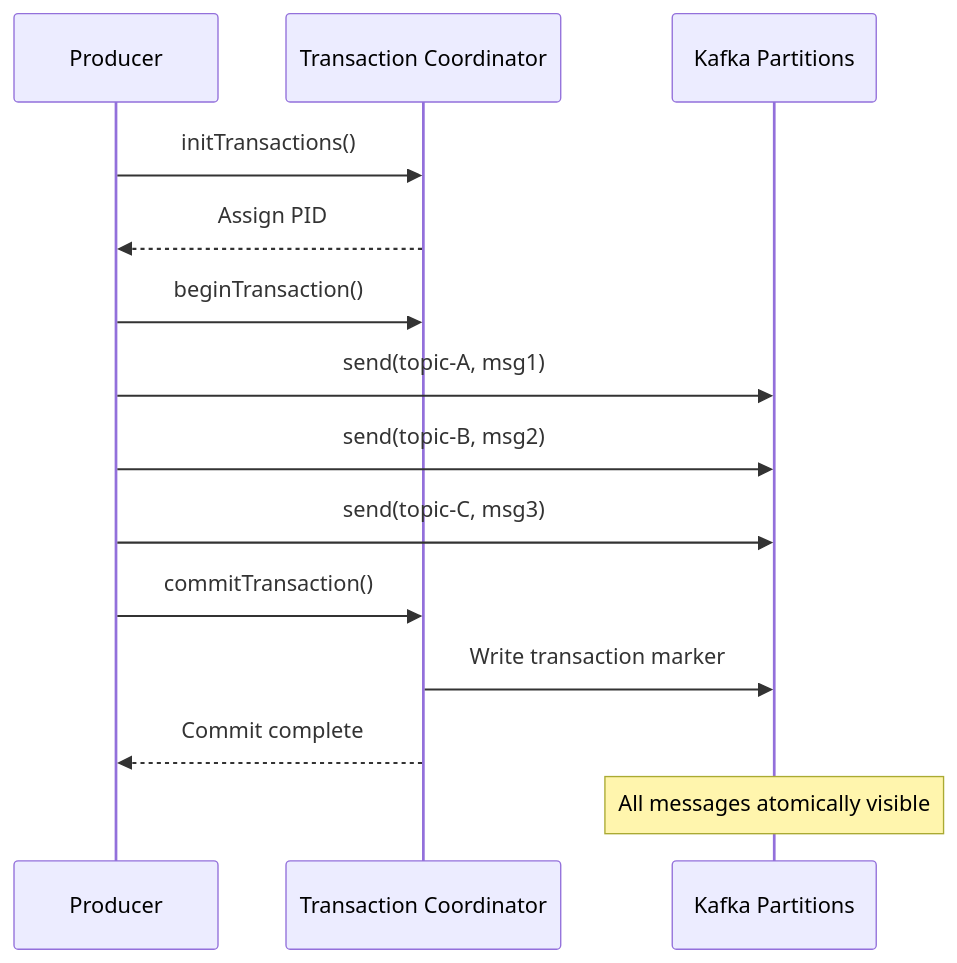
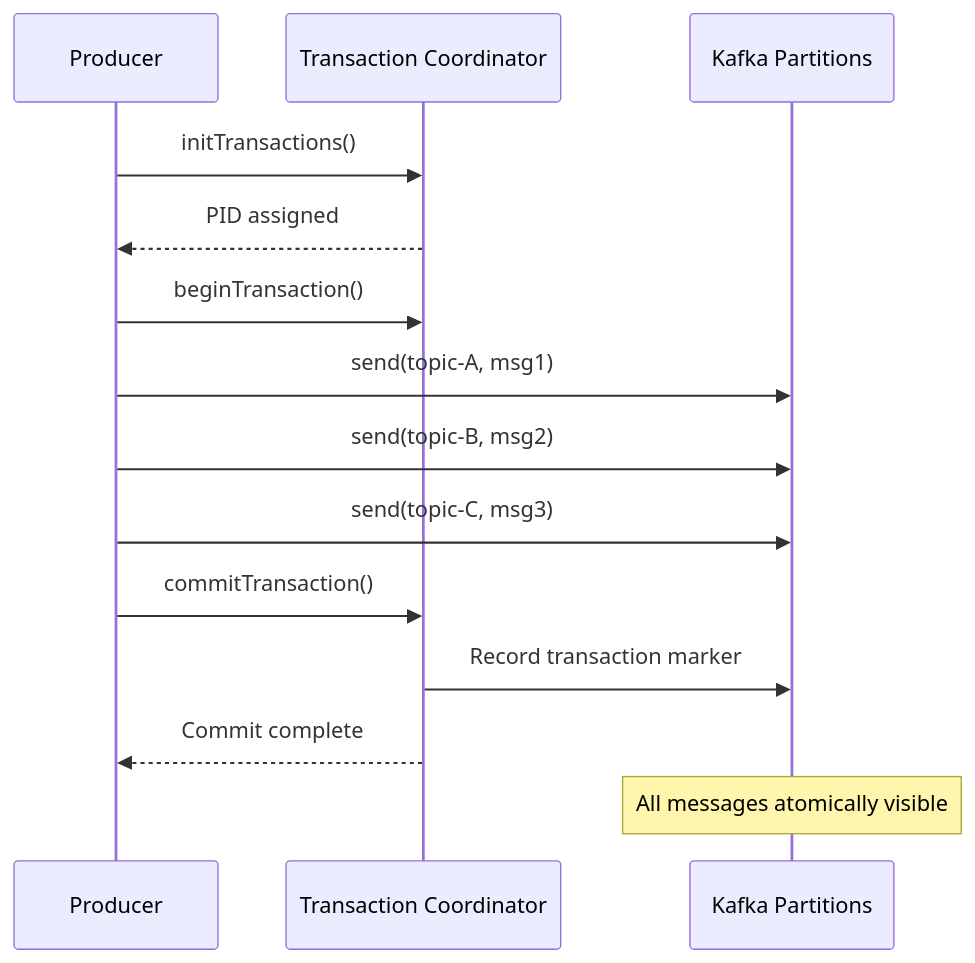
Before and after one commit to advanced-beginner/advanced-beginner.github.io: the second of 2 diagrams in content/en/docs/kafka/concepts/transactions.md, drawn with Mermaid. The commit also changed other lines of this file and 7 other files, not shown here.

````diff
--- a/content/en/docs/kafka/concepts/transactions.md
+++ b/content/en/docs/kafka/concepts/transactions.md
@@ -146,21 +113,21 @@
 ```mermaid
 sequenceDiagram
     participant P as Producer
     participant TC as Transaction Coordinator
     participant K as Kafka Partitions
 
     P->>TC: initTransactions()
-    TC-->>P: Assign PID
+    TC-->>P: PID assigned
 
     P->>TC: beginTransaction()
 
     P->>K: send(topic-A, msg1)
     P->>K: send(topic-B, msg2)
     P->>K: send(topic-C, msg3)
 
     P->>TC: commitTransaction()
-    TC->>K: Write transaction marker
+    TC->>K: Record transaction marker
     TC-->>P: Commit complete
 
     Note over K: All messages atomically visible
 ```
````
